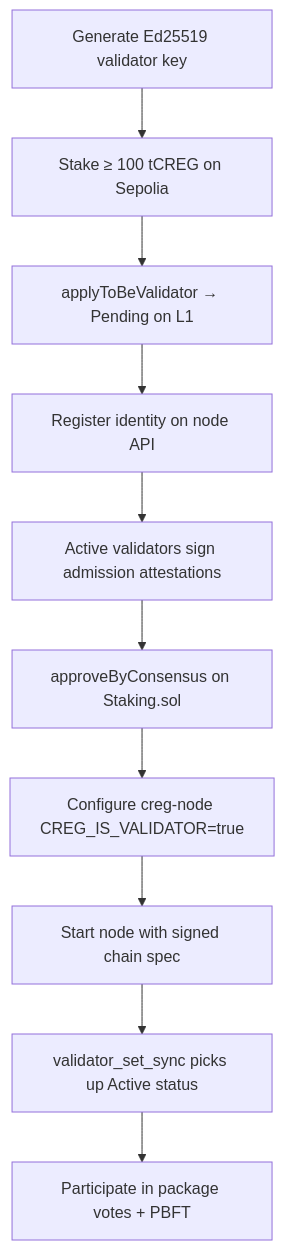
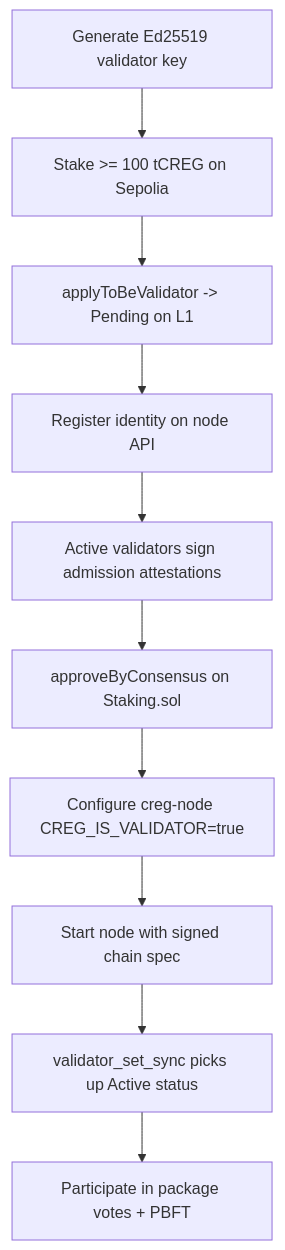
One commit to samuel-1-avson/chain-registry-blockchain-CREG- changed the fifth of 8 diagrams in docs/CREG_SYSTEM_WORKFLOW.md. Above: the diagram before and after it, drawn with Mermaid. The commit also changed other lines of this file and 136 other files, not shown here.

````diff
--- a/docs/CREG_SYSTEM_WORKFLOW.md
+++ b/docs/CREG_SYSTEM_WORKFLOW.md
@@ -757,12 +757,12 @@
 ```mermaid
 flowchart TD
-    A[Generate Ed25519 validator key] --> B[Stake ≥ 100 tCREG on Sepolia]
-    B --> C[applyToBeValidator → Pending on L1]
+    A[Generate Ed25519 validator key] --> B["Stake >= 100 tCREG on Sepolia"]
+    B --> C["applyToBeValidator -> Pending on L1"]
     C --> D[Register identity on node API]
     D --> E[Active validators sign admission attestations]
     E --> F[approveByConsensus on Staking.sol]
     F --> G[Configure creg-node CREG_IS_VALIDATOR=true]
     G --> H[Start node with signed chain spec]
     H --> I[validator_set_sync picks up Active status]
     I --> J[Participate in package votes + PBFT]
 ```
````
